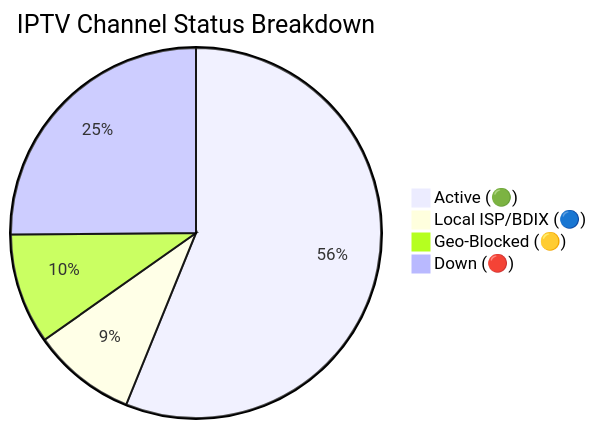
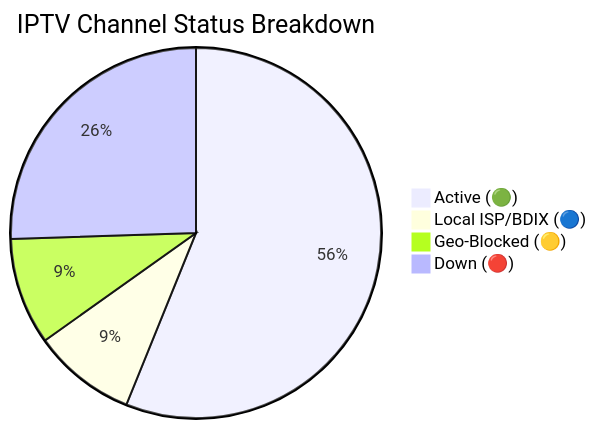
Before and after one commit to Zaman-Topu/Ip-tv-Collection: the diagram in README.md, drawn with Mermaid. The commit also changed other lines of this file and 6 other files, not shown here.

````diff
--- a/README.md
+++ b/README.md
@@ -149,7 +149,7 @@
 ```mermaid
 pie title IPTV Channel Status Breakdown
-    "Active (🟢)" : 10653
-    "Local ISP/BDIX (🔵)" : 1721
-    "Geo-Blocked (🟡)" : 1832
-    "Down (🔴)" : 4767
+    "Active (🟢)" : 10675
+    "Local ISP/BDIX (🔵)" : 1716
+    "Geo-Blocked (🟡)" : 1775
+    "Down (🔴)" : 4852
 ```
````
